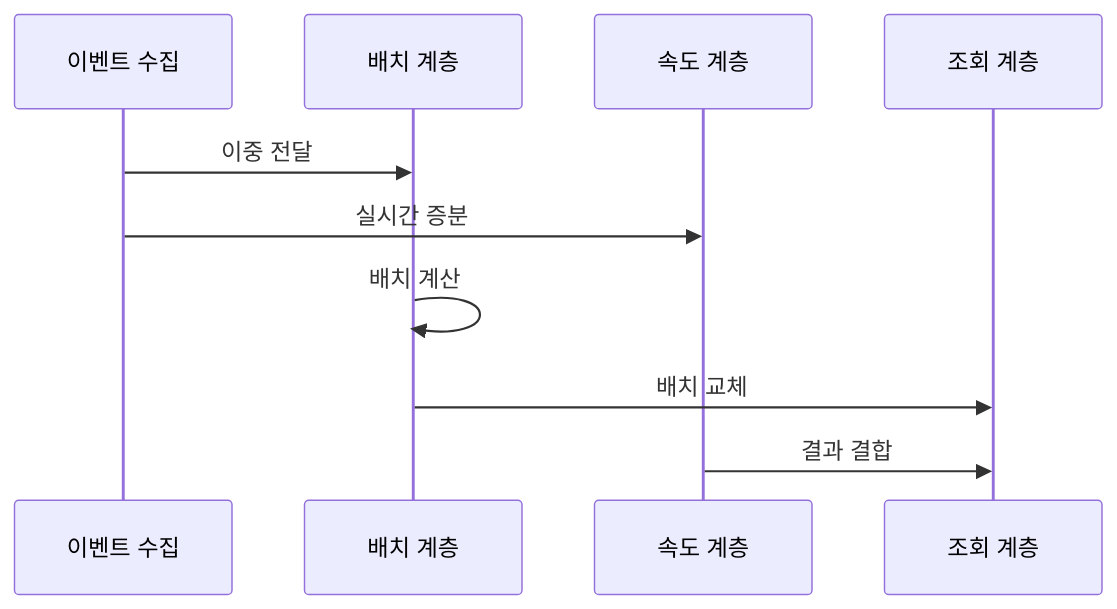
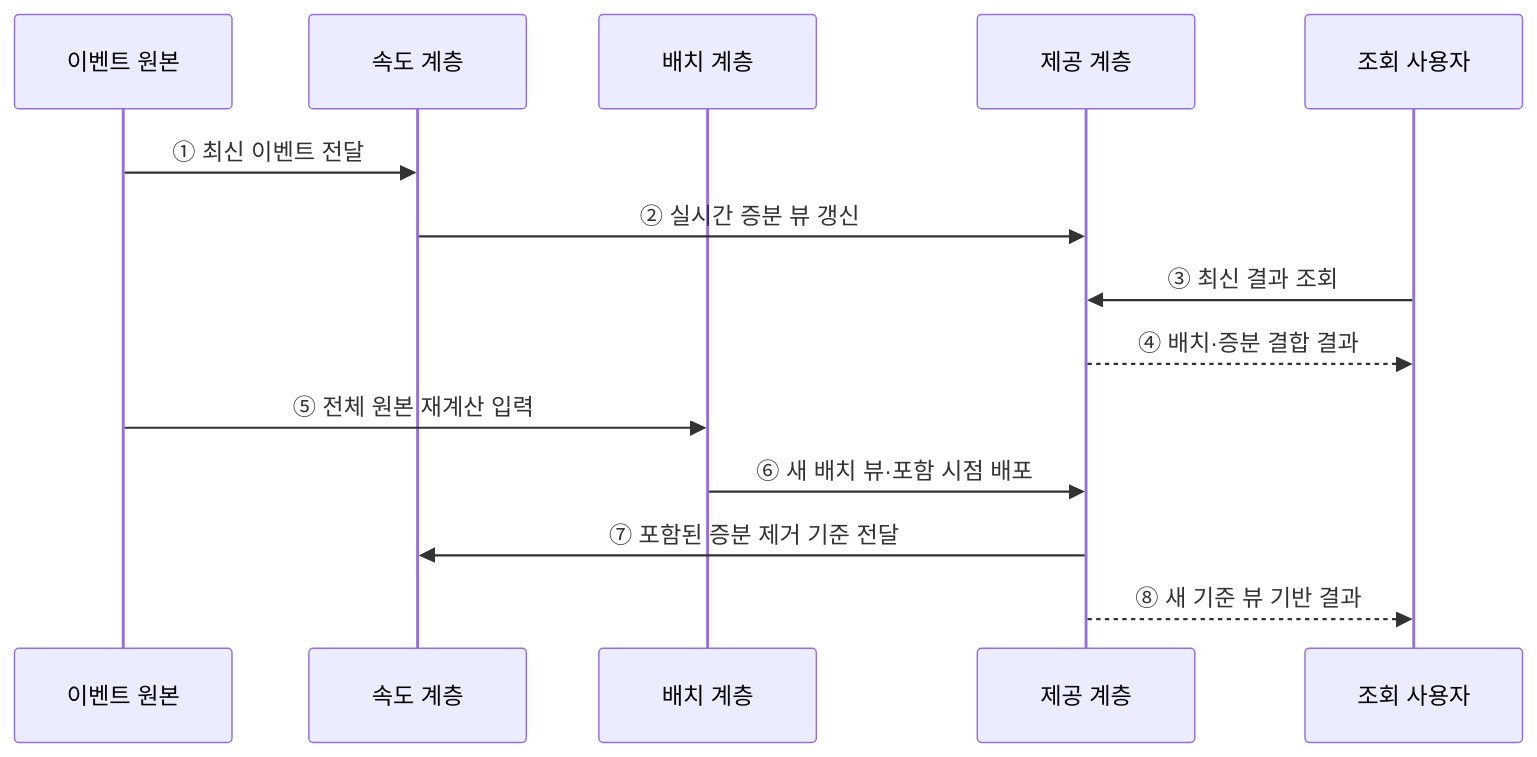
Before and after one commit to agnusdei1207/knowledge-base: the second of 2 diagrams in src/content/docs/notes/03-software/118_lambda_architecture.md, drawn with Mermaid. The commit also changed other lines of this file and 20 other files, not shown here.

````diff
--- a/src/content/docs/notes/03-software/118_lambda_architecture.md
+++ b/src/content/docs/notes/03-software/118_lambda_architecture.md
@@ -83,12 +73,16 @@
 ```mermaid
 sequenceDiagram
-    participant E as 이벤트 수집
+    participant E as 이벤트 원본
+    participant S as 속도 계층
     participant B as 배치 계층
-    participant S as 속도 계층
-    participant Q as 조회 계층
-    E->>B: 이중 전달
-    E->>S: 실시간 증분
-    B->>B: 배치 계산
-    B->>Q: 배치 교체
-    S->>Q: 결과 결합
+    participant V as 제공 계층
+    participant Q as 조회 사용자
+    E->>S: ① 최신 이벤트 전달
+    S->>V: ② 실시간 증분 뷰 갱신
+    Q->>V: ③ 최신 결과 조회
+    V-->>Q: ④ 배치·증분 결합 결과
+    E->>B: ⑤ 전체 원본 재계산 입력
+    B->>V: ⑥ 새 배치 뷰·포함 시점 배포
+    V->>S: ⑦ 포함된 증분 제거 기준 전달
+    V-->>Q: ⑧ 새 기준 뷰 기반 결과
 ```
````
